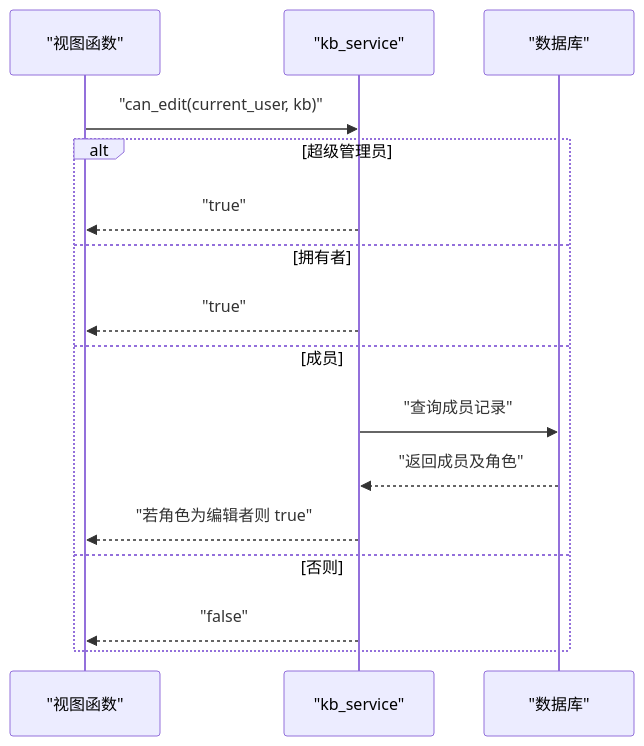
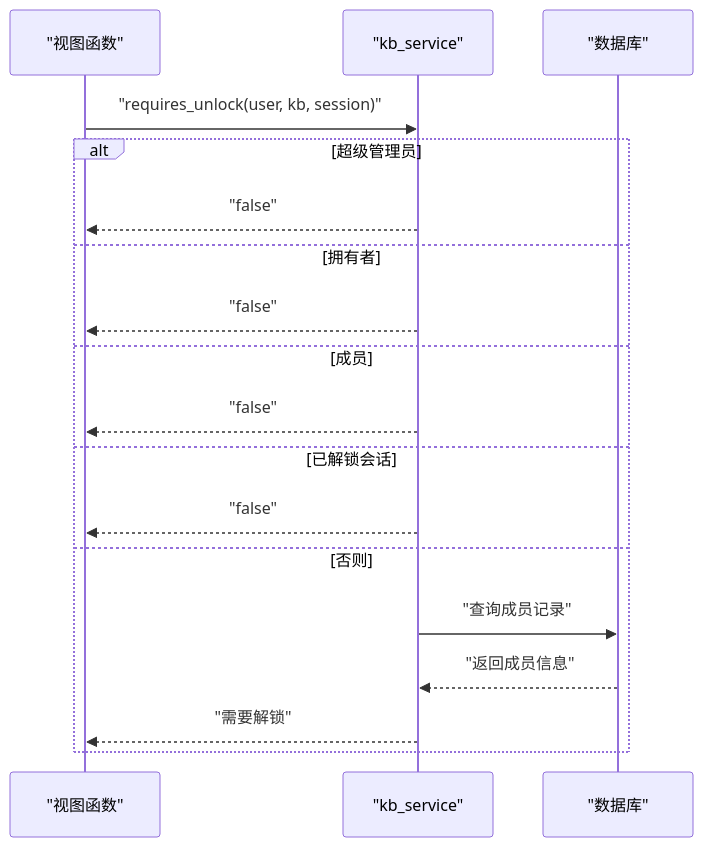
One commit to beyondalbert/my_wiki changed the sixth of 8 diagrams in .qoder/repowiki/zh/content/核心模块/知识库管理模块/权限控制与访问管理.md. Above: the diagram before and after it, drawn with Mermaid. The commit also changed other lines of this file and 4 other files, not shown here.

````diff
--- a/.qoder/repowiki/zh/content/核心模块/知识库管理模块/权限控制与访问管理.md
+++ b/.qoder/repowiki/zh/content/核心模块/知识库管理模块/权限控制与访问管理.md
@@ -243,18 +310,20 @@
 ```mermaid
 sequenceDiagram
 participant V as "视图函数"
 participant S as "kb_service"
 participant DB as "数据库"
-V->>S : "can_edit(current_user, kb)"
+V->>S : "requires_unlock(user, kb, session)"
 alt 超级管理员
-S-->>V : "true"
+S-->>V : "false"
 else 拥有者
-S-->>V : "true"
+S-->>V : "false"
 else 成员
+S-->>V : "false"
+else 已解锁会话
+S-->>V : "false"
+else 否则
 S->>DB : "查询成员记录"
-DB-->>S : "返回成员及角色"
-S-->>V : "若角色为编辑者则 true"
-else 否则
-S-->>V : "false"
+DB-->>S : "返回成员信息"
+S-->>V : "需要解锁"
 end
 ```
````
